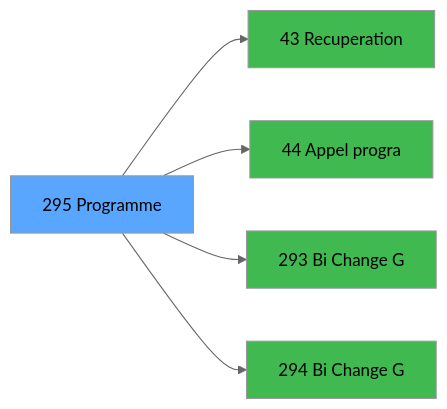
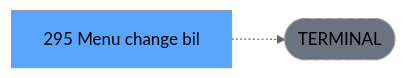
The third of 3 diagrams in .openspec/specs/ADH-IDE-295.md (thonyAGP/lecteur-magic), drawn with Mermaid (neutral theme) before and after one commit. The commit also changed other lines of this file and 701 other files, not shown here.

````diff
--- a/.openspec/specs/ADH-IDE-295.md
+++ b/.openspec/specs/ADH-IDE-295.md
@@ -126,17 +134,8 @@
 ```mermaid
 graph LR
-    T[295 Programme]
-    C43[43 Recuperation]
-    T --> C43
-    C44[44 Appel progra]
-    T --> C44
-    C293[293 Bi  Change G]
-    T --> C293
-    C294[294 Bi  Change G]
-    T --> C294
+    T[295 Menu change bil]
+    TERM([TERMINAL])
+    T -.-> TERM
+    style TERM fill:#6b7280,stroke-dasharray: 5 5
     style T fill:#58a6ff,color:#000
-    style C43 fill:#3fb950
-    style C44 fill:#3fb950
-    style C293 fill:#3fb950
-    style C294 fill:#3fb950
 ```
````
